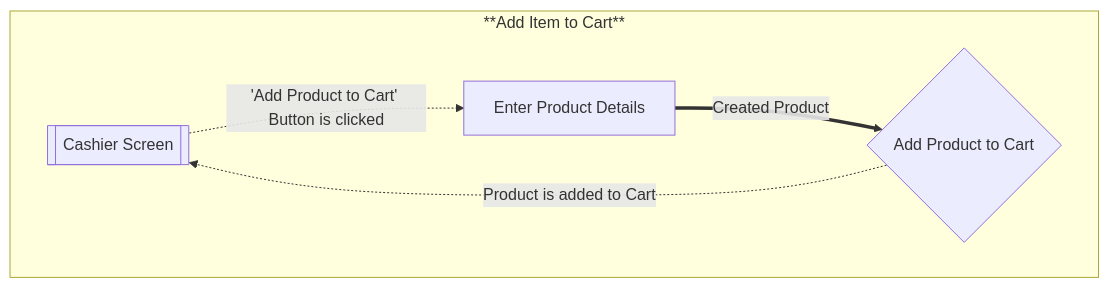
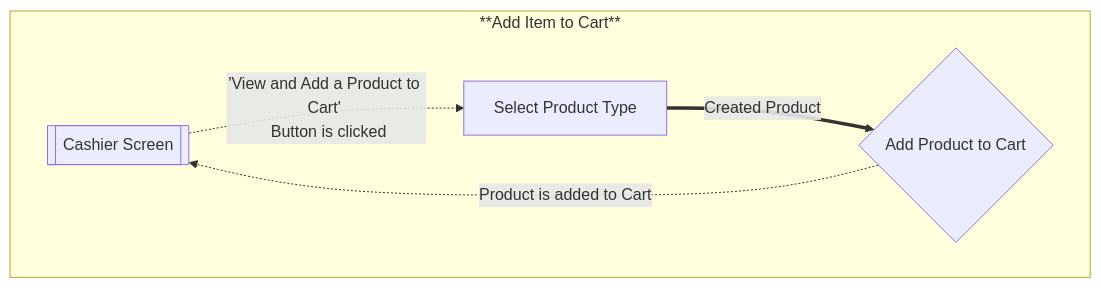
The first of 2 diagrams in flows.md (Bilal-Shoaib/2452-Project), drawn with Mermaid before and after one commit. The commit also changed 26 other files, not shown here.

````diff
--- a/flows.md
+++ b/flows.md
@@ -13,13 +13,13 @@
 ```mermaid
 flowchart
   subgraph **Add Item to Cart**
 
     cashierScreen[[Cashier Screen]]
-    productDetail[Enter Product Details]
+    productDetail[Select Product Type]
     addToCart{Add Product to Cart}
     
-    cashierScreen -.'Add Product to Cart' Button is clicked.-> productDetail
+    cashierScreen -.'View and Add a Product to Cart' <br> Button is clicked.-> productDetail
     productDetail ==Created Product==>addToCart
     addToCart -.Product is added to Cart.-> cashierScreen
   end
 ```
````
